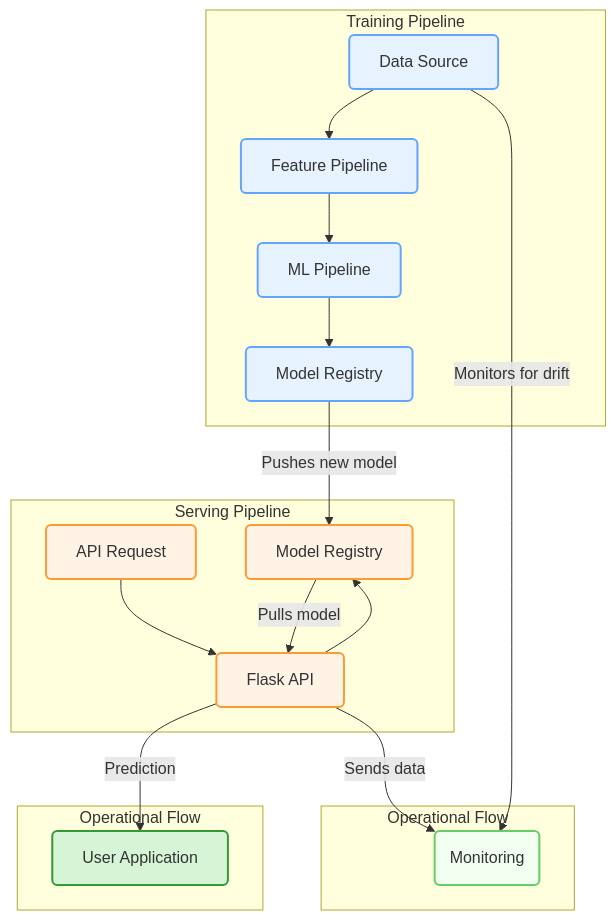
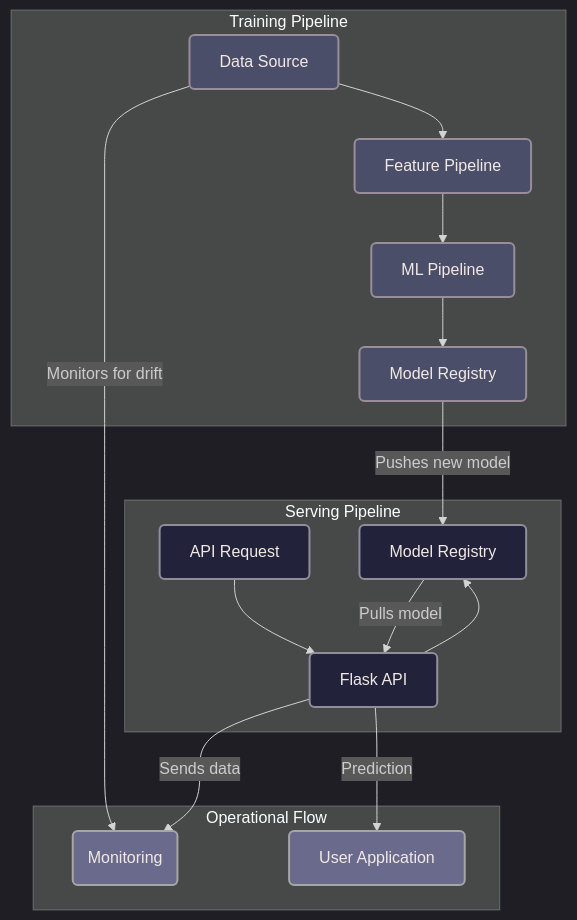
The diagram in churn-prediction/README.md (Muhammadali1029/churn-prediction-project), drawn with Mermaid before and after one commit.

Commit message:
Update architecture diagram in README
Refactored the Mermaid architecture diagram for improved clarity and visual style. Updated to use Mermaid's dark theme, consolidated operational flow, and replaced individual node styles with class definitions for better maintainability.

````diff
--- a/churn-prediction/README.md
+++ b/churn-prediction/README.md
@@ -22,34 +22,30 @@
 ```mermaid
+%%{init: {'theme': 'dark'}}%%
 graph TD
     subgraph Training Pipeline
         A[Data Source] --> B[Feature Pipeline]
         B --> C[ML Pipeline]
         C --> D[Model Registry]
     end
 
     subgraph Serving Pipeline
         E[API Request] --> F[Flask API]
         F --> G[Model Registry]
+        G -- "Pulls model" --> F
     end
     
     subgraph Operational Flow
-    	D -- "Pushes new model" --> G
-    	G -- "Pulls model" --> F
-    	F -- "Sends data" --> I(Monitoring)
-    	A -- "Monitors for drift" --> I
-    end
-
-    subgraph Operational Flow
+        D -- "Pushes new model" --> G
+        A -- "Monitors for drift" --> I(Monitoring)
+        F -- "Sends data" --> I
         F -- "Prediction" --> J[User Application]
     end
 
-    style A fill:#e6f3ff,stroke:#66a3ff,stroke-width:2px,rx:5px,ry:5px
-    style B fill:#e6f3ff,stroke:#66a3ff,stroke-width:2px,rx:5px,ry:5px
-    style C fill:#e6f3ff,stroke:#66a3ff,stroke-width:2px,rx:5px,ry:5px
-    style D fill:#e6f3ff,stroke:#66a3ff,stroke-width:2px,rx:5px,ry:5px
-    style E fill:#fff3e6,stroke:#ff9933,stroke-width:2px,rx:5px,ry:5px
-    style F fill:#fff3e6,stroke:#ff9933,stroke-width:2px,rx:5px,ry:5px
-    style G fill:#fff3e6,stroke:#ff9933,stroke-width:2px,rx:5px,ry:5px
-    style I fill:#f0fff0,stroke:#66cc66,stroke-width:2px,rx:5px,ry:5px
-    style J fill:#d6f5d6,stroke:#339933,stroke-width:2px,rx:5px,ry:5px
+    classDef training fill:#4a4e69,stroke:#9a8c98,stroke-width:2px,rx:5px,ry:5px,color:#f2e9e4;
+    classDef serving fill:#22223b,stroke:#8f8f9c,stroke-width:2px,rx:5px,ry:5px,color:#f2e9e4;
+    classDef operational fill:#6a6a8c,stroke:#a6a6a6,stroke-width:2px,rx:5px,ry:5px,color:#f2e9e4;
+
+    class A,B,C,D training;
+    class E,F,G serving;
+    class I,J operational;
 ```
````
